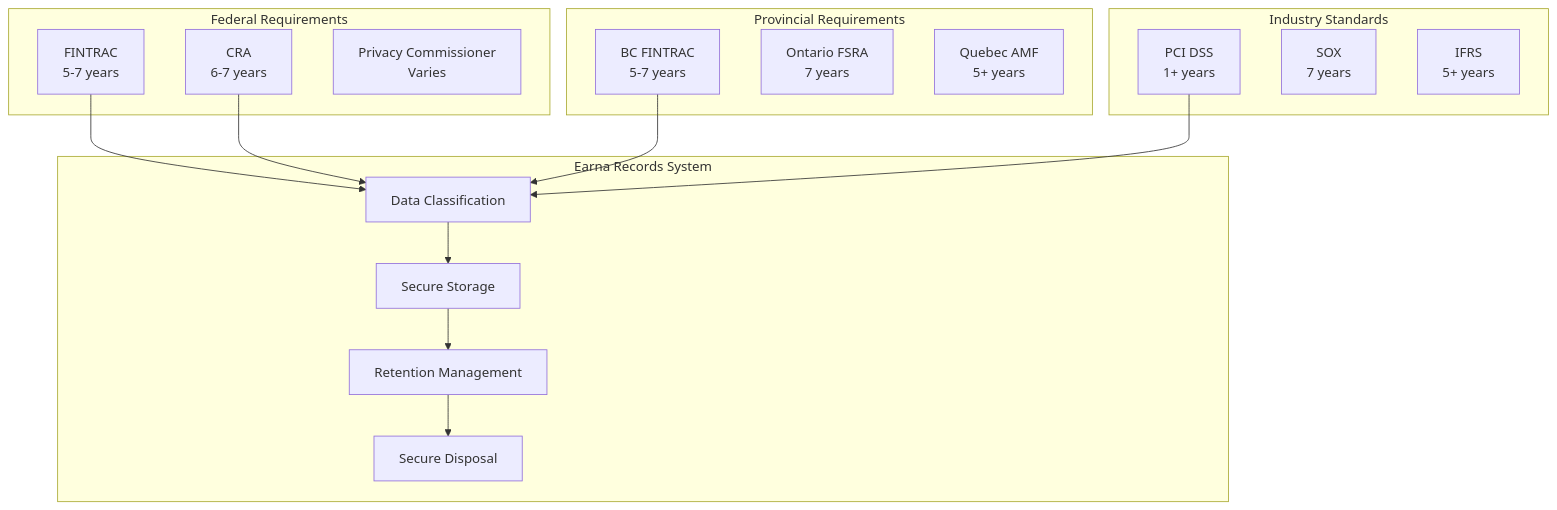
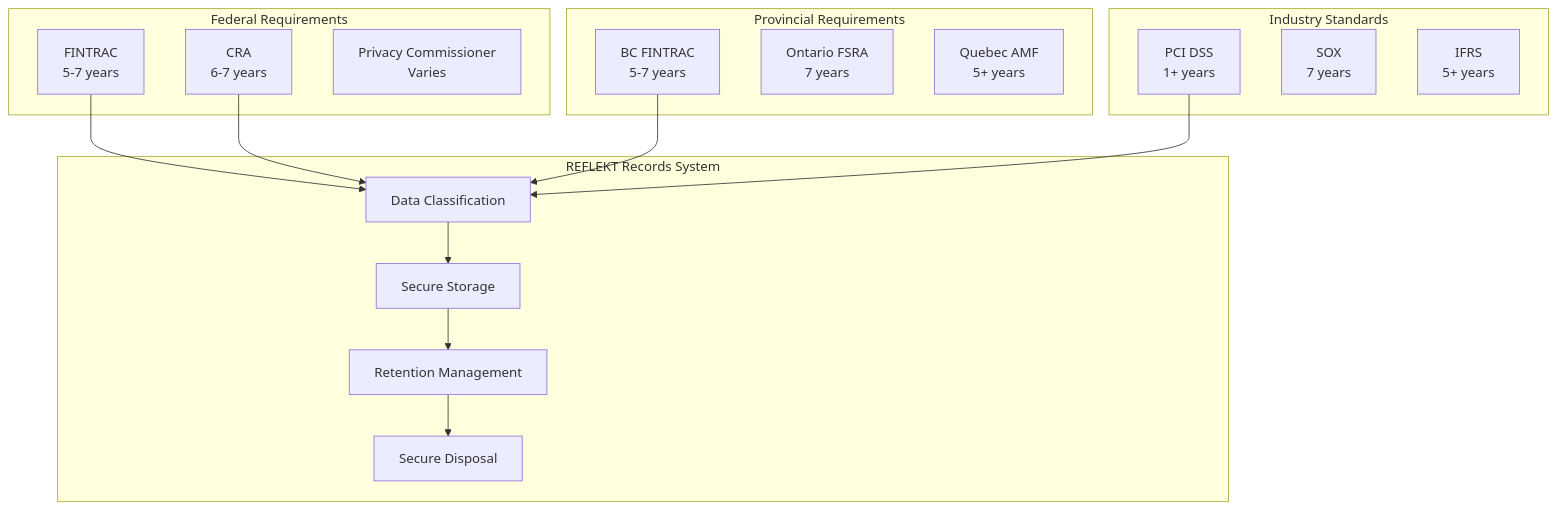
One commit to identity-wael/REFLEKT changed the first of 5 diagrams in docs-nextra/src/content/compliance/operational-compliance/record-keeping/index.mdx. Above: the diagram before and after it, drawn with Mermaid. The commit also changed other lines of this file and 88 other files, not shown here.

First line of the commit message:
docs: rebrand docs-nextra from Earna AI to REFLEKT

````diff
--- a/docs-nextra/src/content/compliance/operational-compliance/record-keeping/index.mdx
+++ b/docs-nextra/src/content/compliance/operational-compliance/record-keeping/index.mdx
@@ -9,36 +9,36 @@
 ```mermaid
 graph TB
     subgraph "Federal Requirements"
         FINTRAC[FINTRAC<br/>5-7 years]
         CRA[CRA<br/>6-7 years]
         Privacy[Privacy Commissioner<br/>Varies]
     end
 
     subgraph "Provincial Requirements"
         BC[BC FINTRAC<br/>5-7 years]
         ON[Ontario FSRA<br/>7 years]
         QC[Quebec AMF<br/>5+ years]
     end
 
     subgraph "Industry Standards"
         PCI[PCI DSS<br/>1+ years]
         SOX[SOX<br/>7 years]
         IFRS[IFRS<br/>5+ years]
     end
 
-    subgraph "Earna Records System"
+    subgraph "REFLEKT Records System"
         Classification[Data Classification]
         Storage[Secure Storage]
         Retention[Retention Management]
         Disposal[Secure Disposal]
     end
 
     FINTRAC --> Classification
     CRA --> Classification
     BC --> Classification
     PCI --> Classification
 
     Classification --> Storage
     Storage --> Retention
     Retention --> Disposal
 ```
````
